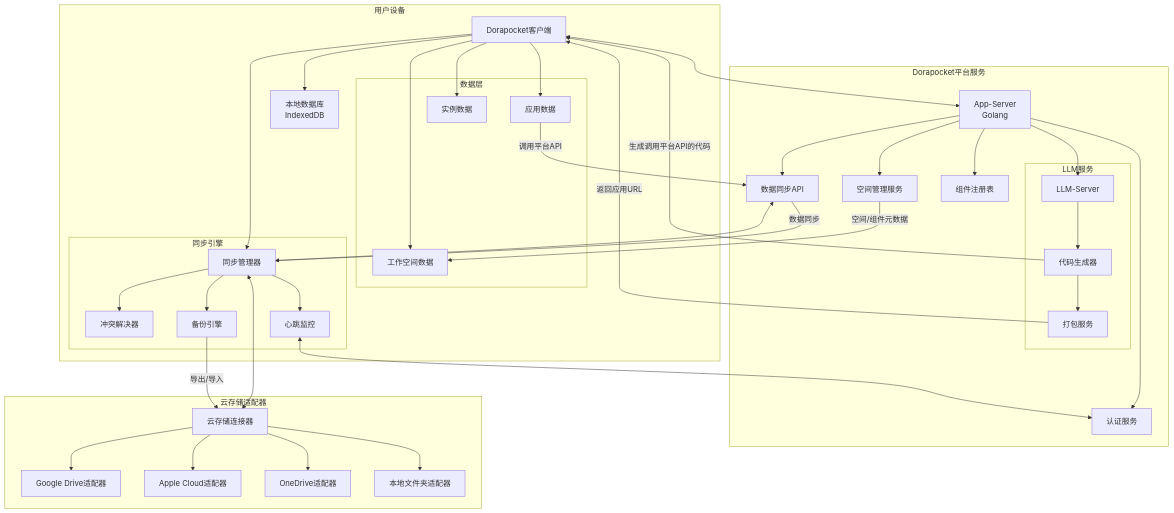
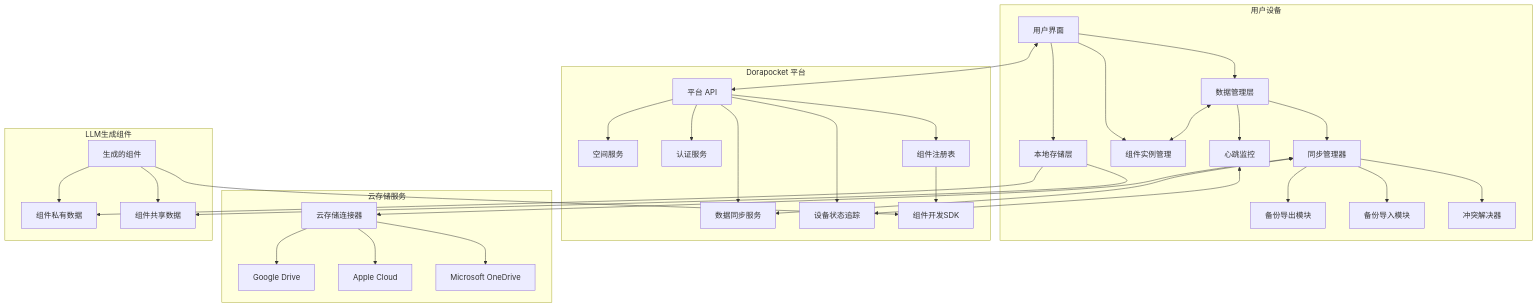
Before and after one commit to yingjianzh/iodraw-files: the diagram in all/未命名-31.md, drawn with Mermaid.

Commit message:
2025-04-16 17:51:50 update

````diff
--- a/all/未命名-31.md
+++ b/all/未命名-31.md
@@ -1,85 +1,42 @@
 ```mermaid
 graph TD
     subgraph 用户设备
-        Client[Dorapocket客户端]
-        LocalDB[本地数据库<br/>IndexedDB]
-        
-        subgraph 数据层
-            WorkspaceData[工作空间数据]
-            AppData[应用数据]
-            InstanceData[实例数据]
-        end
-        
-        subgraph 同步引擎
-            SyncManager[同步管理器]
-            ConflictResolver[冲突解决器]
-            HeartbeatMonitor[心跳监控]
-            BackupEngine[备份引擎]
-        end
+        Client[用户界面] --> LocalStorage[本地存储层]
+        Client --> ComponentInstances[组件实例管理]
+        Client --> DataManager[数据管理层]
+        DataManager --> SyncManager[同步管理器]
+        DataManager --> HeartbeatMonitor[心跳监控]
+        SyncManager --> BackupExporter[备份导出模块]
+        SyncManager --> BackupImporter[备份导入模块]
+        SyncManager --> ConflictResolver[冲突解决器]
     end
     
-    subgraph Dorapocket平台服务
-        AppServer[App-Server<br/>Golang]
-        AuthService[认证服务]
-        WorkspaceService[空间管理服务]
-        ComponentRegistry[组件注册表]
-        DataSyncAPI[数据同步API]
-        
-        subgraph LLM服务
-            LLMServer[LLM-Server]
-            CodeGenerator[代码生成器]
-            PackageService[打包服务]
-        end
+    subgraph Dorapocket 平台
+        PlatformAPI[平台 API] --> WorkspaceService[空间服务]
+        PlatformAPI --> AuthService[认证服务]
+        PlatformAPI --> ComponentRegistry[组件注册表]
+        PlatformAPI --> DataSync[数据同步服务]
+        PlatformAPI --> StatusTracker[设备状态追踪]
+        ComponentRegistry --> ComponentSDK[组件开发SDK]
     end
     
-    subgraph 云存储适配器
-        CloudConnector[云存储连接器]
-        GoogleDriveAdapter[Google Drive适配器]
-        AppleCloudAdapter[Apple Cloud适配器]
-        OneDriveAdapter[OneDrive适配器]
-        LocalFolderAdapter[本地文件夹适配器]
+    subgraph 云存储服务
+        CloudConnector[云存储连接器] --> GoogleDrive[Google Drive]
+        CloudConnector --> AppleCloud[Apple Cloud]
+        CloudConnector --> OneDrive[Microsoft OneDrive]
     end
     
-    %% 用户设备内部连接
-    Client --> LocalDB
-    Client --> WorkspaceData
-    Client --> AppData
-    Client --> InstanceData
-    Client --> SyncManager
-    SyncManager --> ConflictResolver
-    SyncManager --> HeartbeatMonitor
-    SyncManager --> BackupEngine
+    subgraph LLM生成组件
+        GenComponent[生成的组件] --> ComponentSDK
+        GenComponent --> LocalComponentData[组件私有数据]
+        GenComponent --> SharedComponentData[组件共享数据]
+    end
     
-    %% 平台服务内部连接
-    AppServer --> AuthService
-    AppServer --> WorkspaceService
-    AppServer --> ComponentRegistry
-    AppServer --> DataSyncAPI
-    AppServer --> LLMServer
-    LLMServer --> CodeGenerator
-    CodeGenerator --> PackageService
-    
-    %% 设备与平台连接
-    Client <--> AppServer
-    SyncManager <--> DataSyncAPI
-    HeartbeatMonitor <--> AuthService
-    
-    %% 设备与云存储连接
     SyncManager <--> CloudConnector
-    CloudConnector --> GoogleDriveAdapter
-    CloudConnector --> AppleCloudAdapter
-    CloudConnector --> OneDriveAdapter
-    CloudConnector --> LocalFolderAdapter
-    
-    %% 组件与平台API连接
-    AppData -- "调用平台API" --> DataSyncAPI
-    
-    %% 数据流向
-    CodeGenerator -- "生成调用平台API的代码" --> Client
-    PackageService -- "返回应用URL" --> Client
-    BackupEngine -- "导出/导入" --> CloudConnector
-    
-    %% 数据同步流
-    DataSyncAPI -- "数据同步" --> SyncManager
-    WorkspaceService -- "空间/组件元数据" --> WorkspaceData
+    SyncManager <--> DataSync
+    DataManager <--> ComponentInstances
+    HeartbeatMonitor <--> StatusTracker
+    Client <--> PlatformAPI
+    LocalStorage --> LocalComponentData
+    LocalStorage --> SharedComponentData
 ```
````
